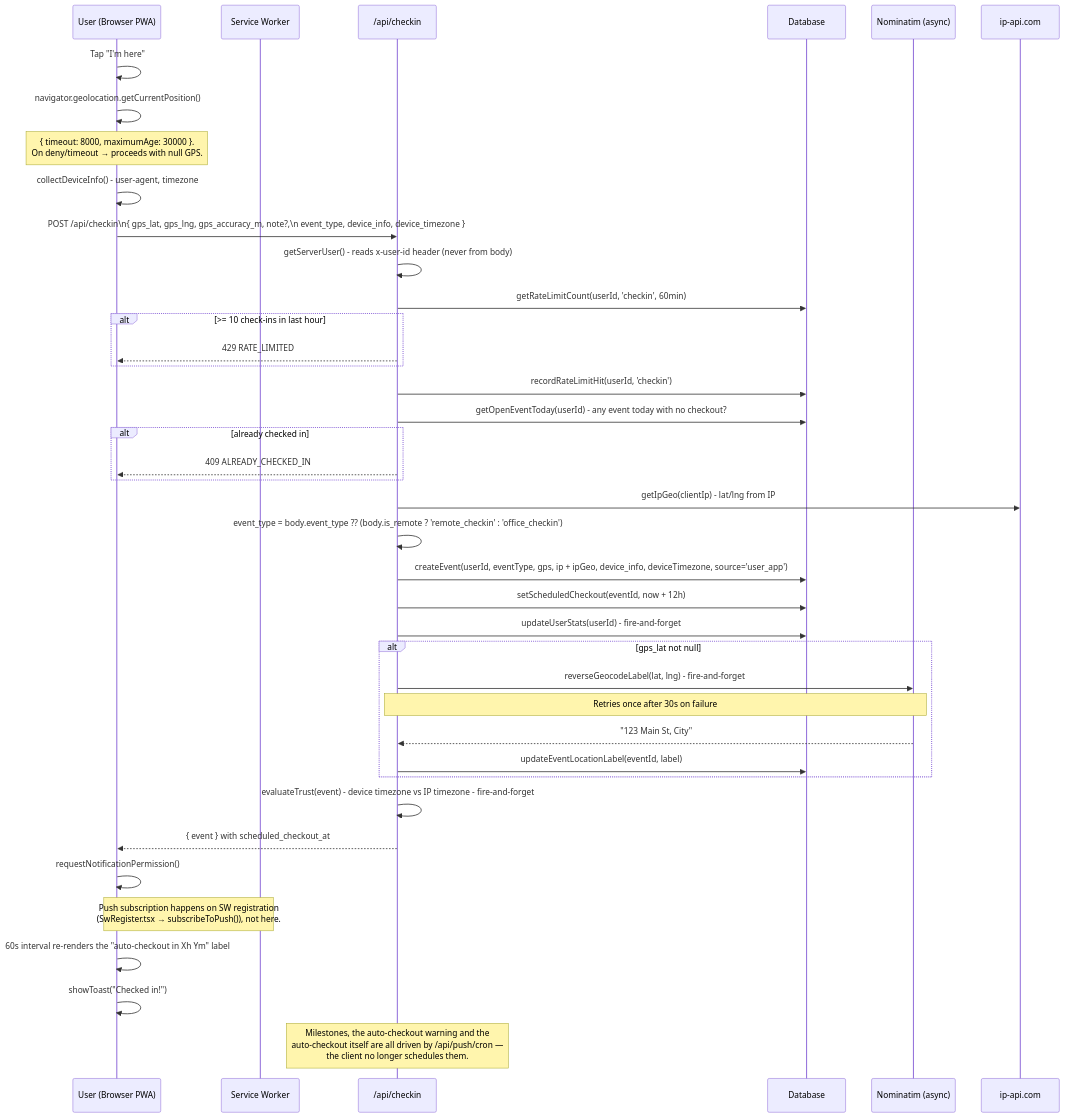
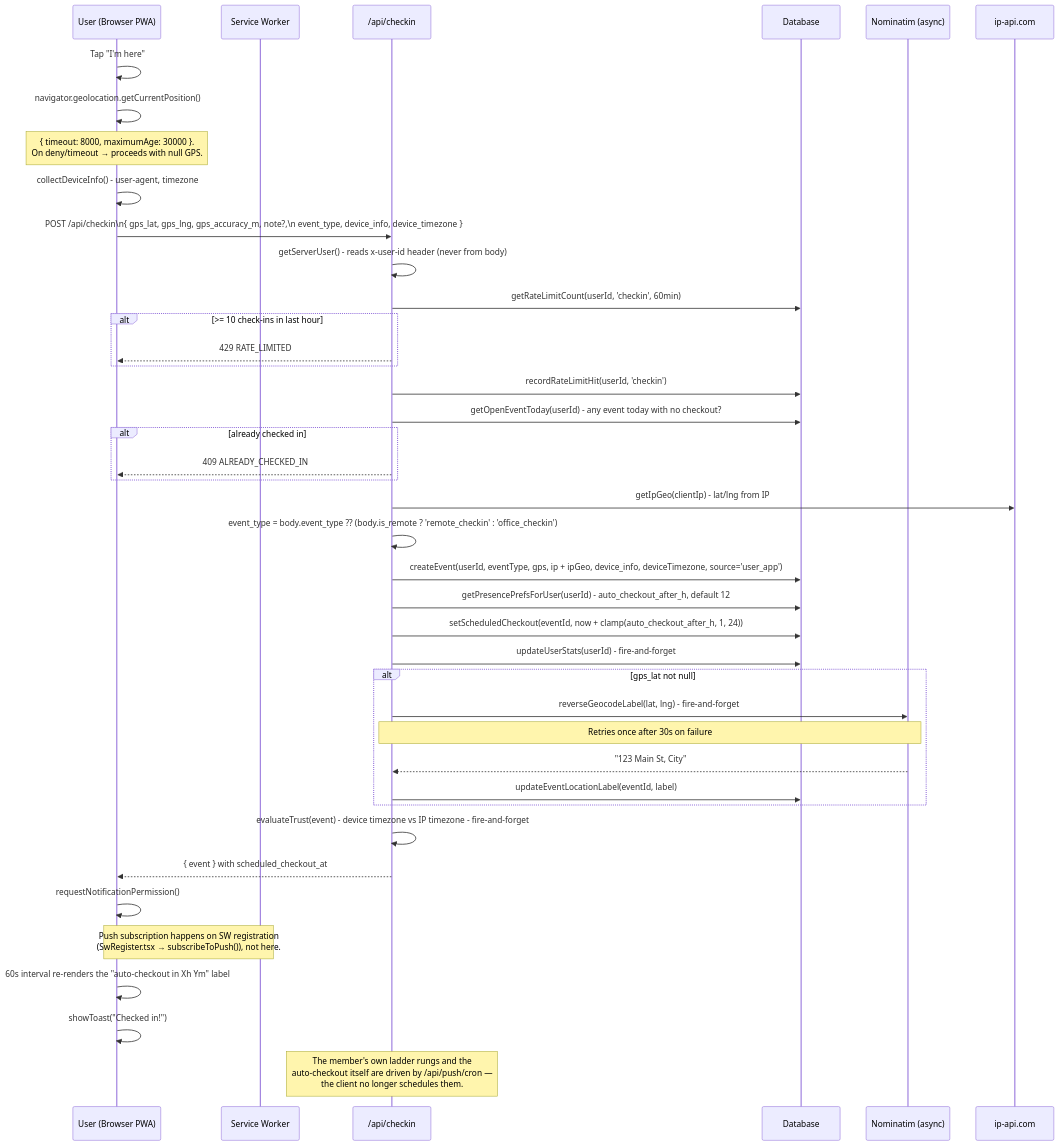
Before and after one commit to ksharma20/checkmark: the first of 6 diagrams in docs/architecture/checkin-flow.md, drawn with Mermaid. The commit also changed other lines of this file and 55 other files, not shown here.

Commit message:
feat: make reminders and session ladder member-configured schedules

````diff
--- a/docs/architecture/checkin-flow.md
+++ b/docs/architecture/checkin-flow.md
@@ -13,51 +13,52 @@
 ```mermaid
 sequenceDiagram
   participant U as User (Browser PWA)
   participant SW as Service Worker
   participant API as /api/checkin
   participant DB as Database
   participant Nom as Nominatim (async)
   participant IPAPI as ip-api.com
 
   U->>U: Tap "I'm here"
   U->>U: navigator.geolocation.getCurrentPosition()
   Note over U: { timeout: 8000, maximumAge: 30000 }.<br/>On deny/timeout → proceeds with null GPS.
   U->>U: collectDeviceInfo() - user-agent, timezone
 
   U->>API: POST /api/checkin\n{ gps_lat, gps_lng, gps_accuracy_m, note?,\n  event_type, device_info, device_timezone }
 
   API->>API: getServerUser() - reads x-user-id header (never from body)
   API->>DB: getRateLimitCount(userId, 'checkin', 60min)
   alt >= 10 check-ins in last hour
     API-->>U: 429 RATE_LIMITED
   end
   API->>DB: recordRateLimitHit(userId, 'checkin')
   API->>DB: getOpenEventToday(userId) - any event today with no checkout?
   alt already checked in
     API-->>U: 409 ALREADY_CHECKED_IN
   end
 
   API->>IPAPI: getIpGeo(clientIp) - lat/lng from IP
   API->>API: event_type = body.event_type ?? (body.is_remote ? 'remote_checkin' : 'office_checkin')
   API->>DB: createEvent(userId, eventType, gps, ip + ipGeo, device_info, deviceTimezone, source='user_app')
 
-  API->>DB: setScheduledCheckout(eventId, now + 12h)
+  API->>DB: getPresencePrefsForUser(userId) - auto_checkout_after_h, default 12
+  API->>DB: setScheduledCheckout(eventId, now + clamp(auto_checkout_after_h, 1, 24))
   API->>DB: updateUserStats(userId) - fire-and-forget
 
   alt gps_lat not null
     API->>Nom: reverseGeocodeLabel(lat, lng) - fire-and-forget
     Note over API, Nom: Retries once after 30s on failure
     Nom-->>API: "123 Main St, City"
     API->>DB: updateEventLocationLabel(eventId, label)
   end
 
   API->>API: evaluateTrust(event) - device timezone vs IP timezone - fire-and-forget
 
   API-->>U: { event } with scheduled_checkout_at
 
   U->>U: requestNotificationPermission()
   Note over U,SW: Push subscription happens on SW registration<br/>(SwRegister.tsx → subscribeToPush()), not here.
   U->>U: 60s interval re-renders the "auto-checkout in Xh Ym" label
   U->>U: showToast("Checked in!")
-  Note over API: Milestones, the auto-checkout warning and the<br/>auto-checkout itself are all driven by /api/push/cron —<br/>the client no longer schedules them.
+  Note over API: The member's own ladder rungs and the<br/>auto-checkout itself are driven by /api/push/cron —<br/>the client no longer schedules them.
 ```
````
